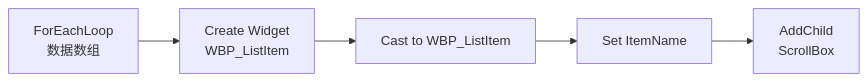
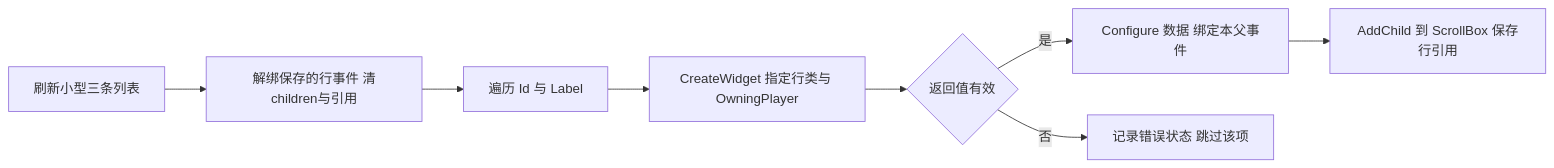
One commit to fantuan812/learning changed the seventh of 7 diagrams in 知识/05-Gameplay与交互系统/界面设置与无障碍/01-UMG框架与控件系统.md. Above: the diagram before and after it, drawn with Mermaid. The commit also changed other lines of this file and 1 other file, not shown here.

````diff
--- a/知识/05-Gameplay与交互系统/界面设置与无障碍/01-UMG框架与控件系统.md
+++ b/知识/05-Gameplay与交互系统/界面设置与无障碍/01-UMG框架与控件系统.md
@@ -339,7 +657,10 @@
 ```mermaid
 flowchart LR
-    A[ForEachLoop<br/>数据数组] --> B[Create Widget<br/>WBP_ListItem]
-    B --> C[Cast to WBP_ListItem]
-    C --> D[Set ItemName]
-    D --> E[AddChild<br/>ScrollBox]
+    A[刷新小型三条列表] --> B[解绑保存的行事件 清children与引用]
+    B --> C[遍历 Id 与 Label]
+    C --> D[CreateWidget 指定行类与 OwningPlayer]
+    D --> E{返回值有效}
+    E -->|是| F[Configure 数据 绑定本父事件]
+    F --> G[AddChild 到 ScrollBox 保存行引用]
+    E -->|否| H[记录错误状态 跳过该项]
 ```
````
